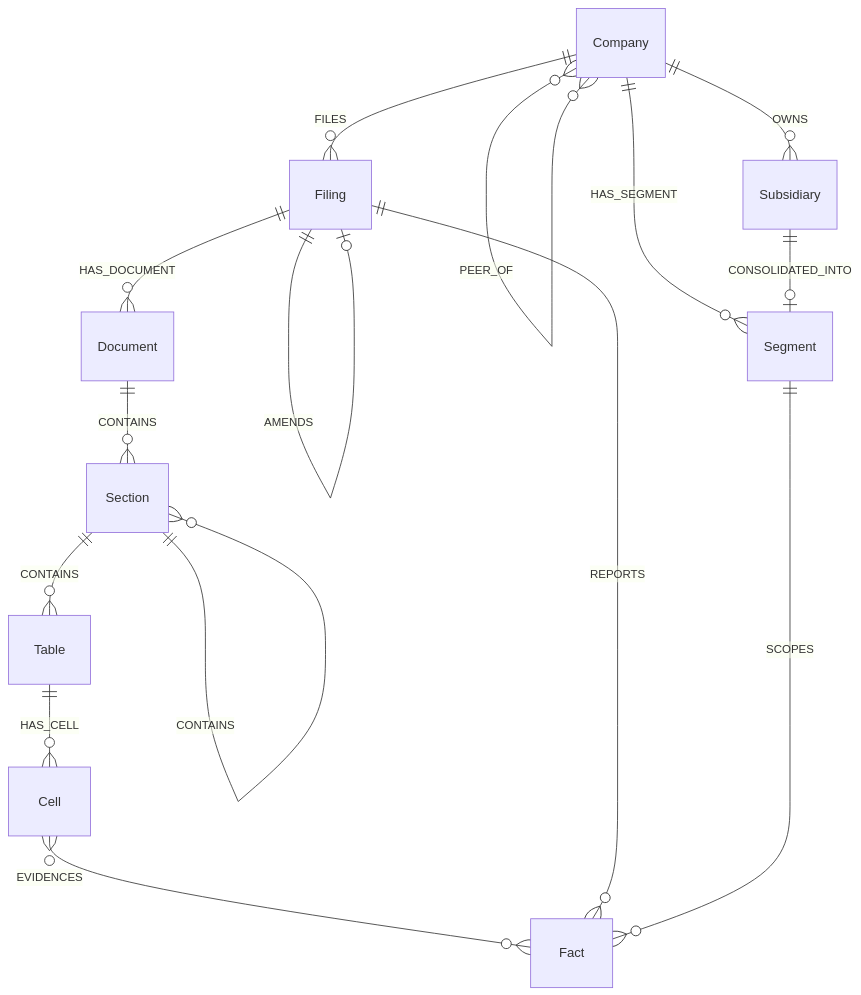
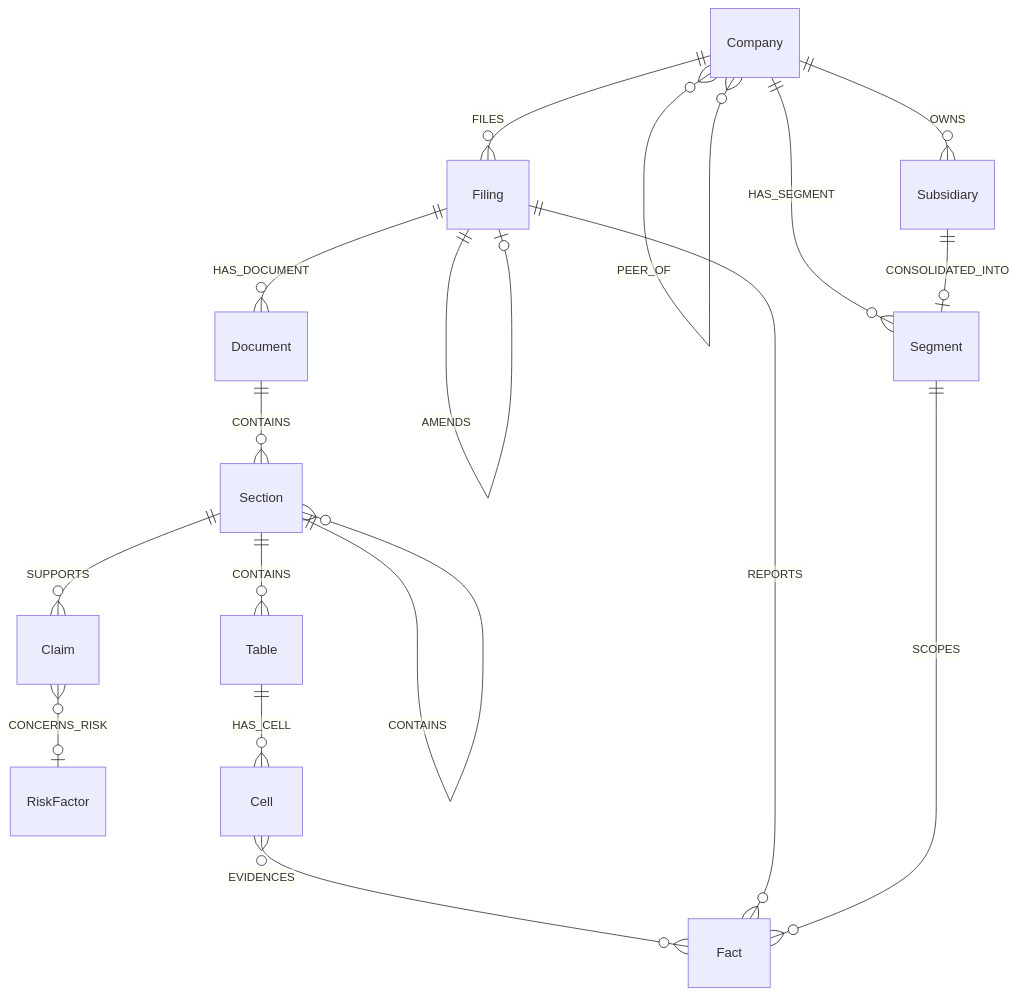
One commit to ZiyiClaudiaWang/KPMG-GraphRAG changed the diagram in docs/schema-ids-operations.md. Above: the diagram before and after it, drawn with Mermaid. The commit also changed other lines of this file and 1 other file, not shown here.

````diff
--- a/docs/schema-ids-operations.md
+++ b/docs/schema-ids-operations.md
@@ -128,17 +140,19 @@
 ```mermaid
 erDiagram
   Company  ||--o{ Filing : FILES
   Filing   ||--o| Filing : AMENDS
   Filing   ||--o{ Document : HAS_DOCUMENT
   Document ||--o{ Section : CONTAINS
   Section  ||--o{ Section : CONTAINS
   Section  ||--o{ Table : CONTAINS
+  Section  ||--o{ Claim : SUPPORTS
+  Claim    }o--o| RiskFactor : CONCERNS_RISK
   Table    ||--o{ Cell : HAS_CELL
   Cell     }o--o{ Fact : EVIDENCES
   Filing   ||--o{ Fact : REPORTS
   Company  ||--o{ Subsidiary : OWNS
   Company  ||--o{ Segment : HAS_SEGMENT
   Subsidiary ||--o| Segment : CONSOLIDATED_INTO
   Segment  ||--o{ Fact : SCOPES
   Company  }o--o{ Company : PEER_OF
 ```
````
